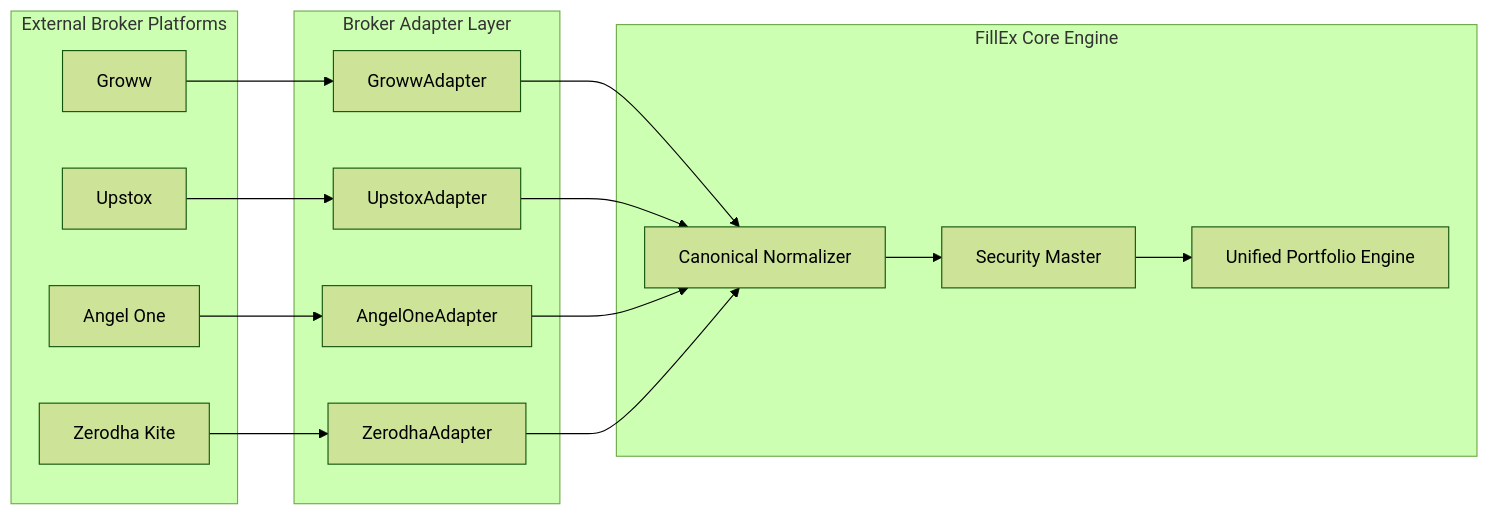
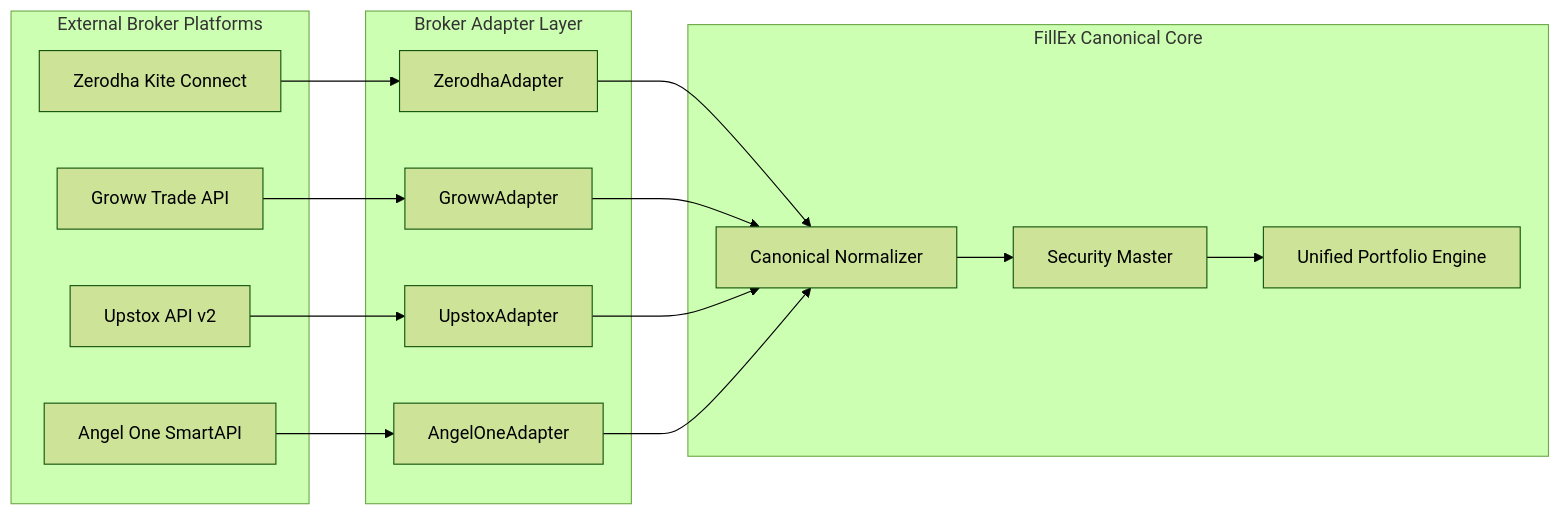
Before and after one commit to abhivardhan20-coder/FillEx: the second of 12 diagrams in README.md, drawn with Mermaid (forest theme). The commit also changed other lines of this file, not shown here.

Commit message:
docs: enhance master README with Zerodha Kite Connect deep dive, multi-broker aggregation, and 5-agent RAG engine

````diff
--- a/README.md
+++ b/README.md
@@ -230,30 +243,30 @@
 ```mermaid
 flowchart LR
     subgraph Brokers["External Broker Platforms"]
-        G[Groww]
-        U[Upstox]
-        A[Angel One]
-        Z[Zerodha Kite]
+        Z[Zerodha Kite Connect]
+        G[Groww Trade API]
+        U[Upstox API v2]
+        A[Angel One SmartAPI]
     end
 
     subgraph Adapters["Broker Adapter Layer"]
+        ZA[ZerodhaAdapter]
         GA[GrowwAdapter]
         UA[UpstoxAdapter]
         AA[AngelOneAdapter]
-        ZA[ZerodhaAdapter]
     end
 
-    subgraph Core["FillEx Core Engine"]
+    subgraph Core["FillEx Canonical Core"]
         NORM[Canonical Normalizer]
         SEC[Security Master]
         PORT[Unified Portfolio Engine]
     end
 
+    Z --> ZA
     G --> GA
     U --> UA
     A --> AA
-    Z --> ZA
 
-    GA & UA & AA & ZA --> NORM
+    ZA & GA & UA & AA --> NORM
     NORM --> SEC --> PORT
 ```
````
